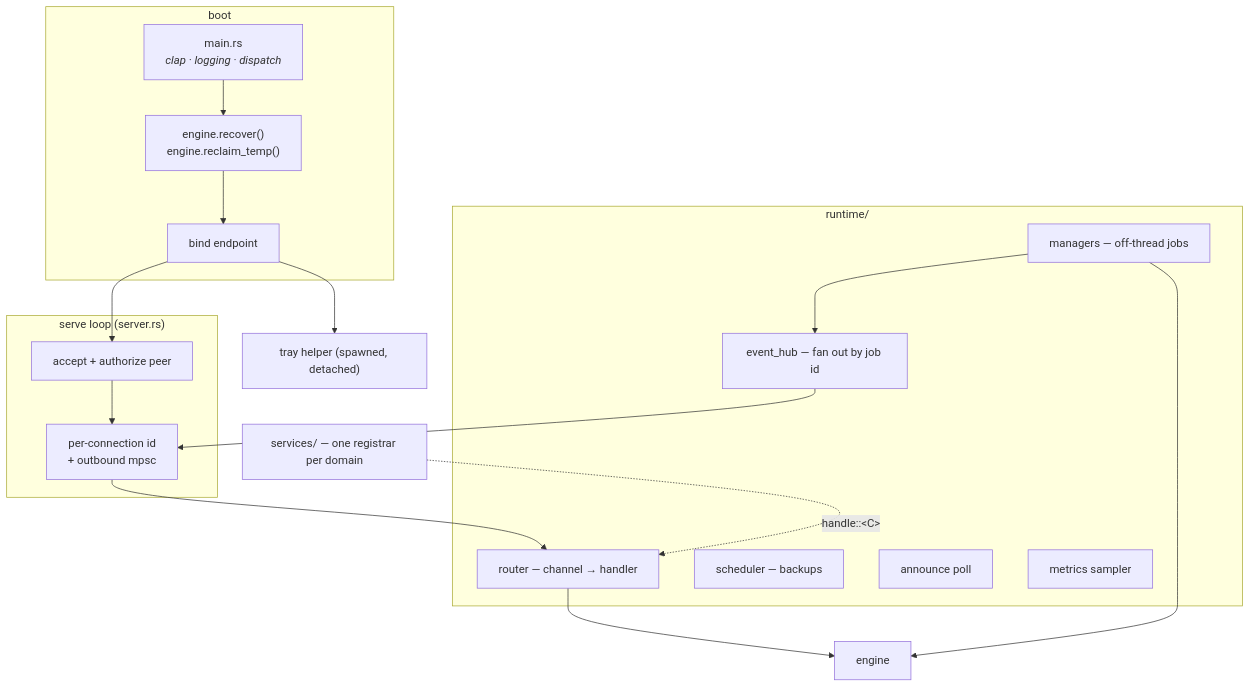
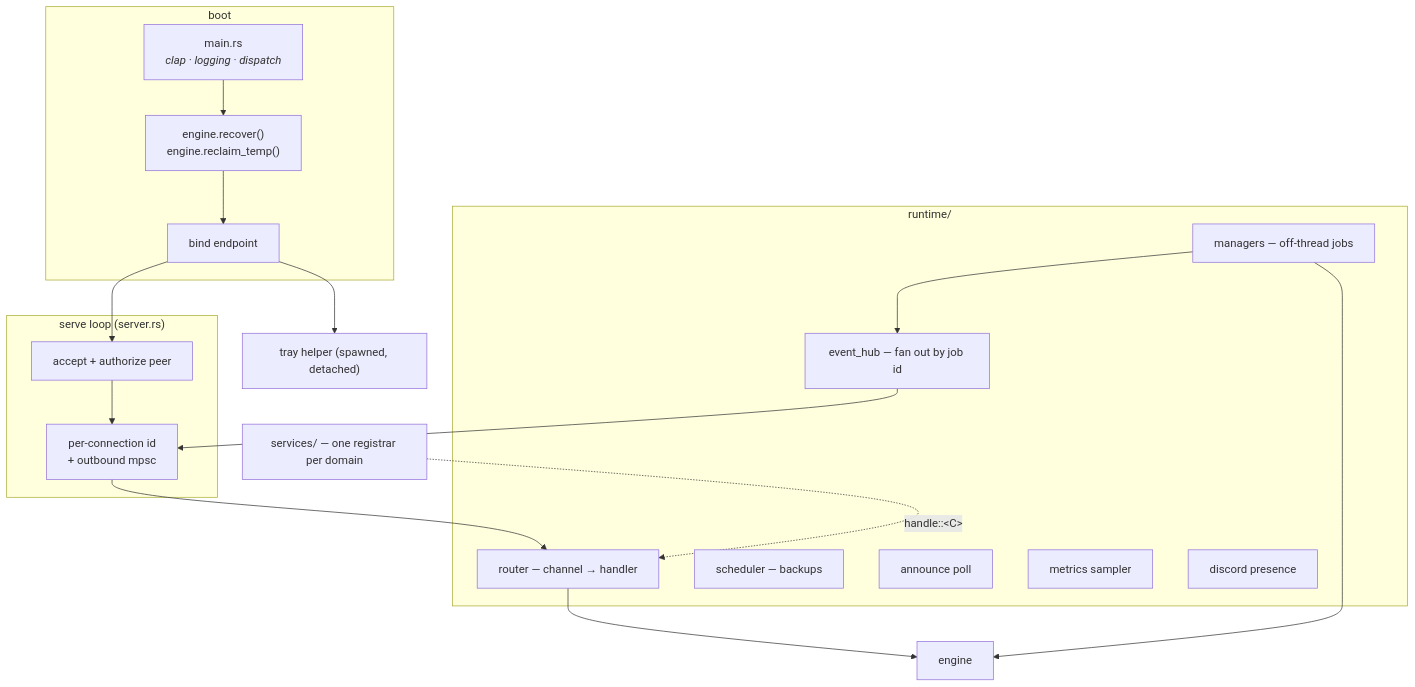
The first of 2 diagrams in docs/architecture/daemon.md (toraaoo/hestia), drawn with Mermaid before and after one commit. The commit also changed other lines of this file and 17 other files, not shown here.

First line of the commit message:
feat(daemon): publish discord rich presence

````diff
--- a/docs/architecture/daemon.md
+++ b/docs/architecture/daemon.md
@@ -10,33 +10,34 @@
 ```mermaid
 flowchart TB
     subgraph boot["boot"]
         MAIN["main.rs<br/><i>clap · logging · dispatch</i>"]
         REC["engine.recover()<br/>engine.reclaim_temp()"]
         BIND["bind endpoint"]
     end
 
     subgraph loop["serve loop (server.rs)"]
         ACC["accept + authorize peer"]
         CONN["per-connection id<br/>+ outbound mpsc"]
     end
 
     subgraph rt["runtime/"]
         ROUTER["router — channel → handler"]
         HUB["event_hub — fan out by job id"]
         MGRS["managers — off-thread jobs"]
         SCHED["scheduler — backups"]
         ANNP["announce poll"]
         METR["metrics sampler"]
+        PRES["discord presence"]
     end
 
     SVC["services/ — one registrar per domain"]
     ENG["engine"]
     TRAY["tray helper (spawned, detached)"]
 
     MAIN --> REC --> BIND --> ACC --> CONN --> ROUTER
     BIND --> TRAY
     SVC -.->|"handle::&lt;C&gt;"| ROUTER
     ROUTER --> ENG
     MGRS --> ENG
     MGRS --> HUB --> CONN
 ```
````
